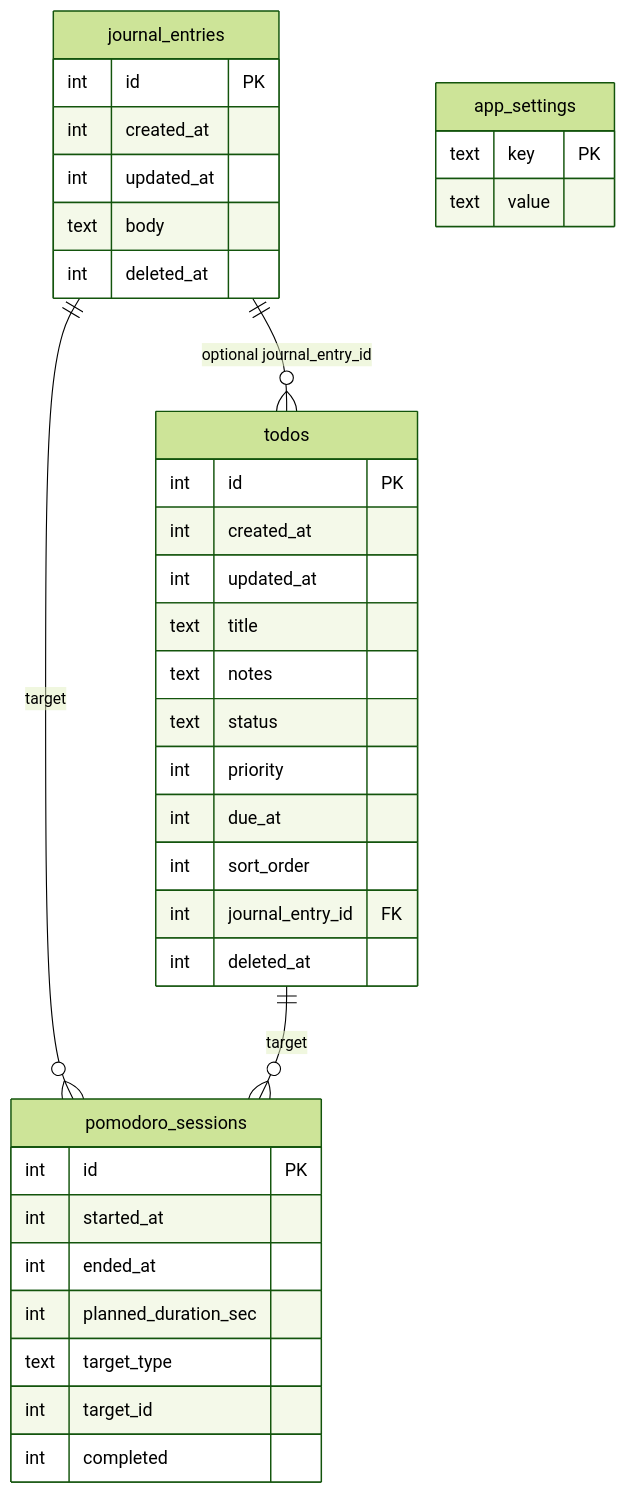
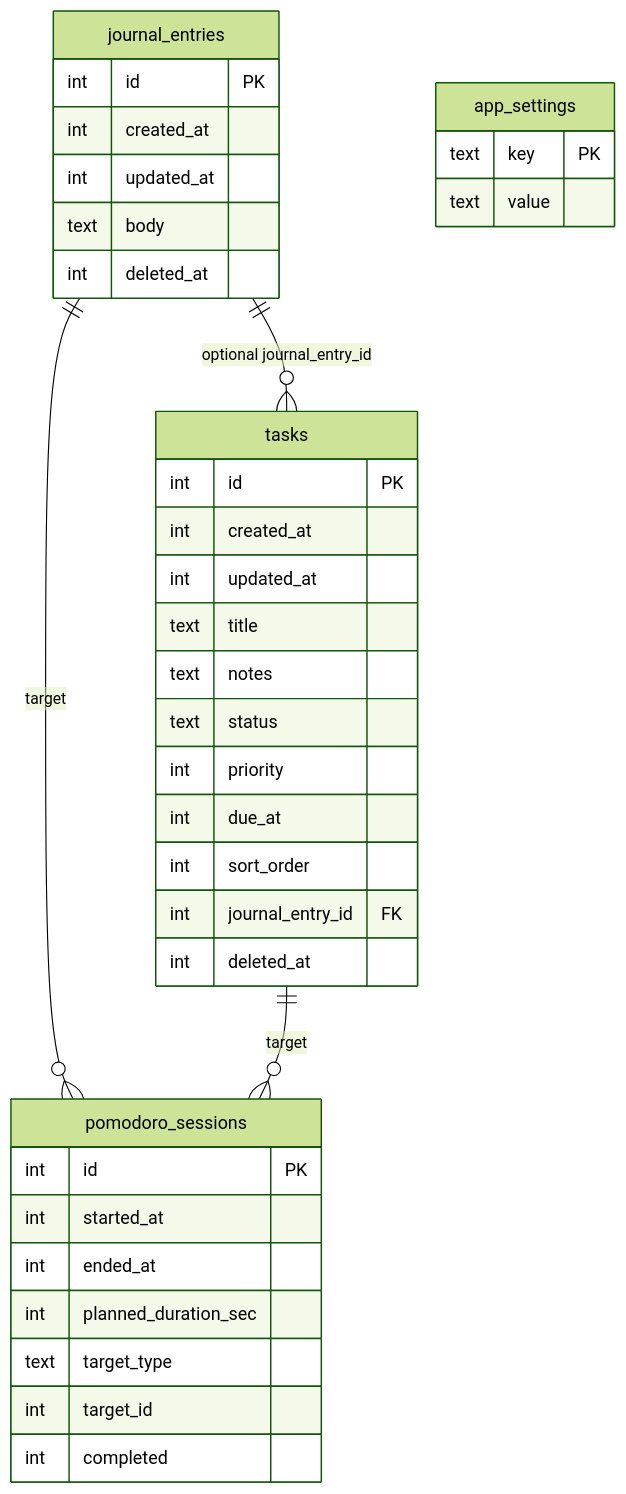
One commit to dgraham-io/improvement changed the diagram in docs/data-model.md. Above: the diagram before and after it, drawn with Mermaid (forest theme). The commit also changed other lines of this file and 55 other files, not shown here.

````diff
--- a/docs/data-model.md
+++ b/docs/data-model.md
@@ -11,43 +11,43 @@
 ```mermaid
 erDiagram
-	journal_entries ||--o{ todos : "optional journal_entry_id"
+	journal_entries ||--o{ tasks : "optional journal_entry_id"
 	journal_entries ||--o{ pomodoro_sessions : "target"
-	todos ||--o{ pomodoro_sessions : "target"
+	tasks ||--o{ pomodoro_sessions : "target"
 
 	journal_entries {
 		int id PK
 		int created_at
 		int updated_at
 		text body
 		int deleted_at
 	}
 
-	todos {
+	tasks {
 		int id PK
 		int created_at
 		int updated_at
 		text title
 		text notes
 		text status
 		int priority
 		int due_at
 		int sort_order
 		int journal_entry_id FK
 		int deleted_at
 	}
 
 	pomodoro_sessions {
 		int id PK
 		int started_at
 		int ended_at
 		int planned_duration_sec
 		text target_type
 		int target_id
 		int completed
 	}
 
 	app_settings {
 		text key PK
 		text value
 	}
 ```
````
